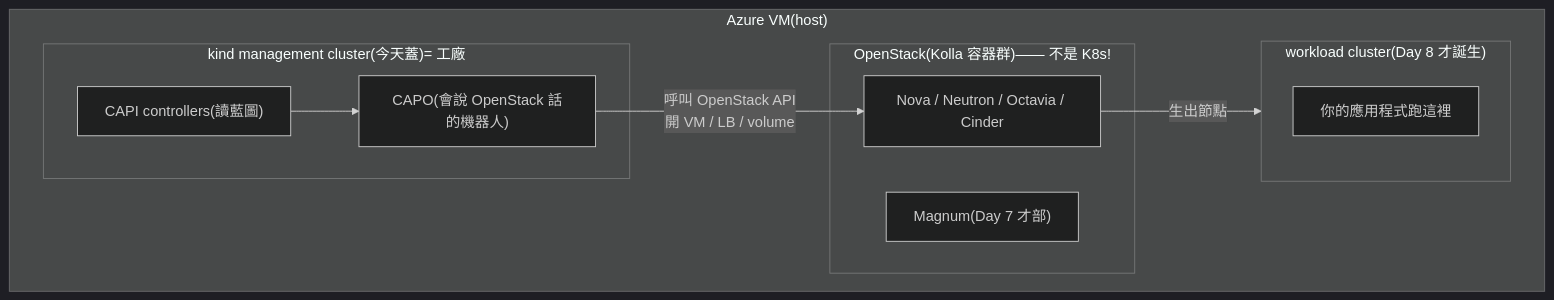
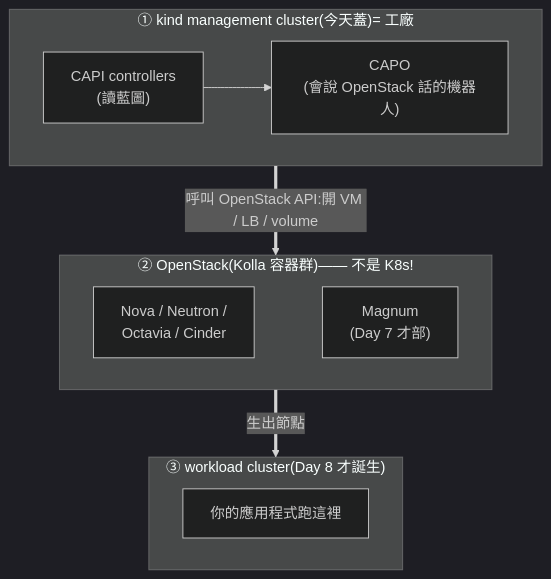
The first of 2 diagrams in docs/runbook/sprint3-day6-capi-management-cluster.md (DeepWaveLab/OpenStackPracticing), drawn with Mermaid (dark theme) before and after one commit. The commit also changed other lines of this file and 11 other files, not shown here.

Commit message:
docs: rewrite course chapters for reader-facing style with mermaid diagrams

````diff
--- a/docs/runbook/sprint3-day6-capi-management-cluster.md
+++ b/docs/runbook/sprint3-day6-capi-management-cluster.md
@@ -25,19 +25,16 @@
 ```mermaid
 flowchart TB
-    subgraph HOST["Azure VM(host)"]
-        subgraph KOLLA["OpenStack(Kolla 容器群)—— 不是 K8s!"]
-            MAG["Magnum(Day 7 才部)"]
-            NOVA["Nova / Neutron / Octavia / Cinder"]
-        end
-        subgraph KIND["kind management cluster(今天蓋)= 工廠"]
-            CAPI["CAPI controllers(讀藍圖)"]
-            CAPO["CAPO(會說 OpenStack 話的機器人)"]
-        end
-        subgraph WL["workload cluster(Day 8 才誕生)"]
-            APP["你的應用程式跑這裡"]
-        end
+    subgraph KIND["① kind management cluster(今天蓋)= 工廠"]
+        direction LR
+        CAPI["CAPI controllers<br/>(讀藍圖)"] --> CAPO["CAPO<br/>(會說 OpenStack 話的機器人)"]
     end
-    CAPI --> CAPO
-    CAPO -->|"呼叫 OpenStack API<br/>開 VM / LB / volume"| NOVA
-    NOVA -->|"生出節點"| WL
+    subgraph KOLLA["② OpenStack(Kolla 容器群)—— 不是 K8s!"]
+        direction LR
+        NOVA["Nova / Neutron /<br/>Octavia / Cinder"] ~~~ MAG["Magnum<br/>(Day 7 才部)"]
+    end
+    subgraph WL["③ workload cluster(Day 8 才誕生)"]
+        APP["你的應用程式跑這裡"]
+    end
+    CAPO ==>|"呼叫 OpenStack API:開 VM / LB / volume"| NOVA
+    NOVA ==>|"生出節點"| WL
 ```
````
